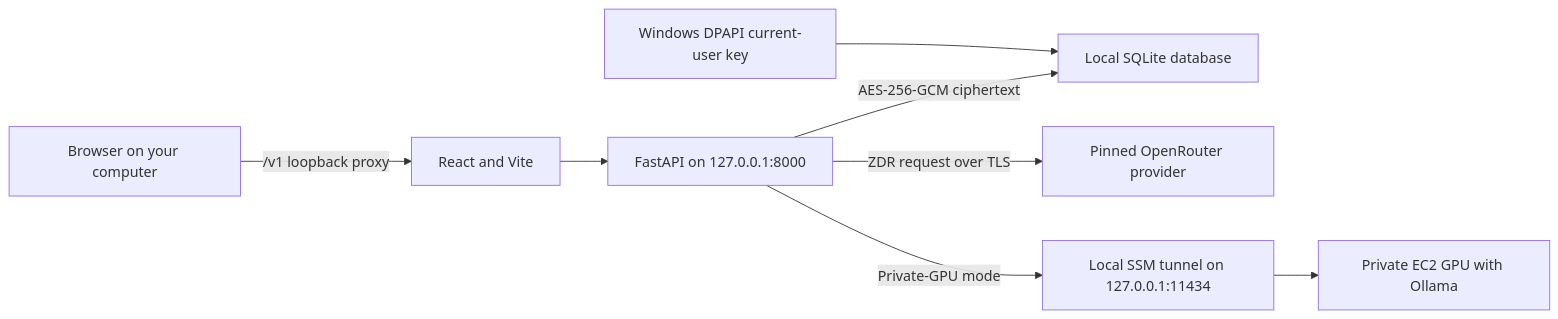
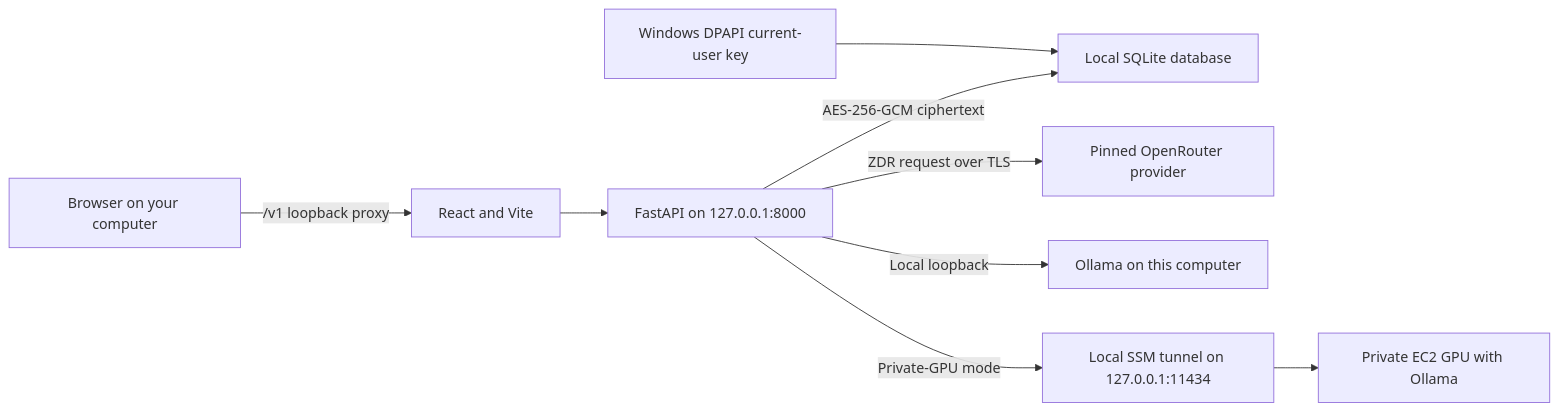
Before and after one commit to butlerwill1/private-llm-chat: the first of 2 diagrams in README.md, drawn with Mermaid. The commit also changed other lines of this file, not shown here.

Commit message:
Document local Ollama inference

````diff
--- a/README.md
+++ b/README.md
@@ -96,10 +98,11 @@
 ```mermaid
 flowchart LR
     Browser["Browser on your computer"] -->|"/v1 loopback proxy"| Vite["React and Vite"]
     Vite --> API["FastAPI on 127.0.0.1:8000"]
     API -->|"AES-256-GCM ciphertext"| Storage["Local SQLite database"]
     Key["Windows DPAPI current-user key"] --> Storage
     API -->|"ZDR request over TLS"| OpenRouter["Pinned OpenRouter provider"]
+    API -->|"Local loopback"| LocalOllama["Ollama on this computer"]
     API -->|"Private-GPU mode"| Tunnel["Local SSM tunnel on 127.0.0.1:11434"]
     Tunnel --> GPU["Private EC2 GPU with Ollama"]
 ```
````
